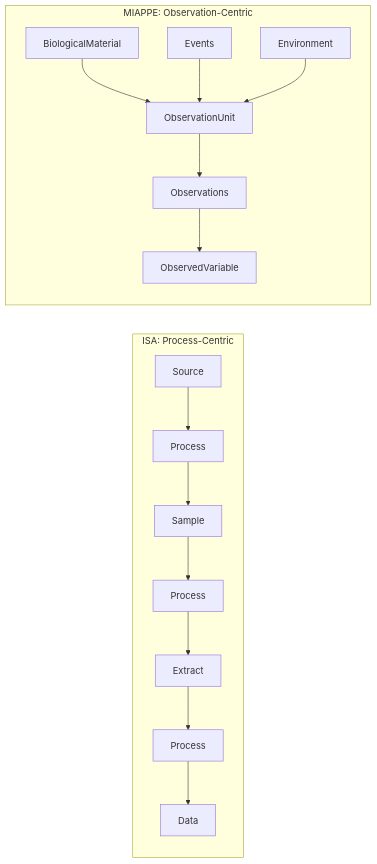
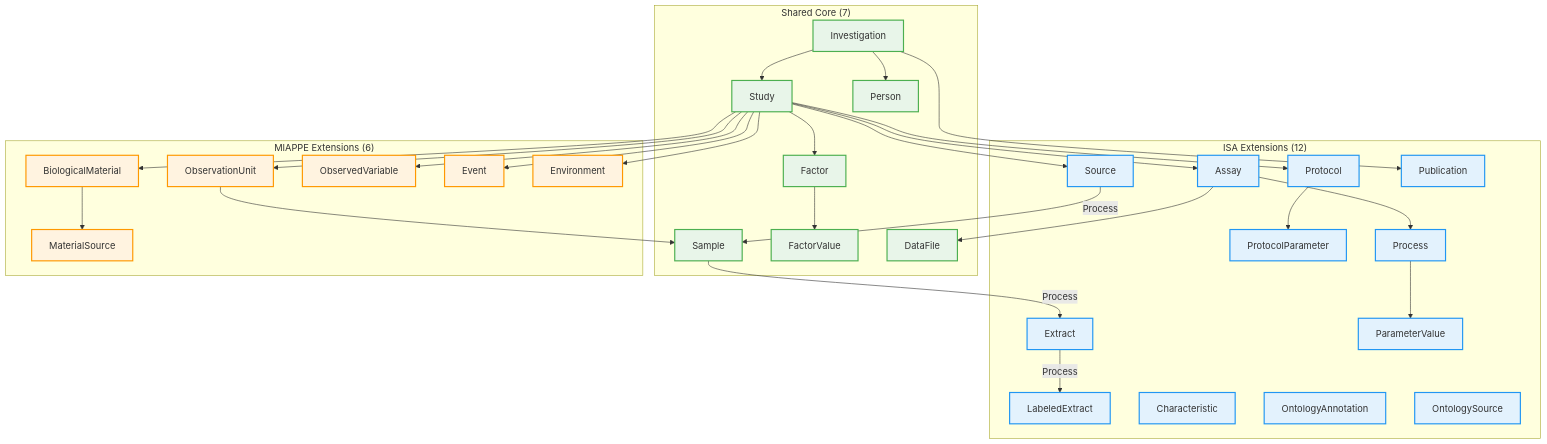
Before and after one commit to sorenwacker/metaseed: the fourth of 6 diagrams in docs/architecture/diagrams.md, drawn with Mermaid. The commit also changed other lines of this file, not shown here.

Commit message:
Add complete diagrams for all profiles (MIAPPE, ISA, Combined v1/v2)

````diff
--- a/docs/architecture/diagrams.md
+++ b/docs/architecture/diagrams.md
@@ -115,16 +182,67 @@
 ```mermaid
-flowchart LR
-    subgraph isa_flow["ISA: Process-Centric"]
-        S1[Source] --> P1[Process] --> S2[Sample]
-        S2 --> P2[Process] --> E1[Extract]
-        E1 --> P3[Process] --> D1[Data]
+flowchart TB
+    subgraph shared["Shared Core (7)"]
+        INV[Investigation]
+        STU[Study]
+        PER[Person]
+        SAM[Sample]
+        FAC[Factor]
+        FV[FactorValue]
+        DF[DataFile]
     end
 
-    subgraph miappe_flow["MIAPPE: Observation-Centric"]
-        BM1[BiologicalMaterial] --> OU1[ObservationUnit]
-        OU1 --> OBS[Observations]
-        OBS --> VAR[ObservedVariable]
-        EVT1[Events] --> OU1
-        ENV1[Environment] --> OU1
+    subgraph isa["ISA Extensions (12)"]
+        ASS[Assay]
+        PROT[Protocol]
+        PP[ProtocolParameter]
+        SRC[Source]
+        EXT[Extract]
+        LEXT[LabeledExtract]
+        PROC[Process]
+        PV[ParameterValue]
+        CHAR[Characteristic]
+        PUB[Publication]
+        OA[OntologyAnnotation]
+        OS[OntologySource]
     end
+
+    subgraph miappe["MIAPPE Extensions (6)"]
+        BM[BiologicalMaterial]
+        OU[ObservationUnit]
+        OV[ObservedVariable]
+        EVT[Event]
+        ENV[Environment]
+        MS[MaterialSource]
+    end
+
+    INV --> STU
+    INV --> PER
+    INV --> PUB
+    STU --> ASS
+    STU --> PROT
+    STU --> SRC
+    STU --> FAC
+    STU --> BM
+    STU --> OU
+    STU --> OV
+    STU --> EVT
+    STU --> ENV
+    PROT --> PP
+    SRC -->|Process| SAM
+    SAM -->|Process| EXT
+    EXT -->|Process| LEXT
+    ASS --> PROC
+    ASS --> DF
+    PROC --> PV
+    FAC --> FV
+    OU --> SAM
+    BM --> MS
+
+    classDef shared fill:#e8f5e9,stroke:#4caf50,stroke-width:2px
+    classDef isa fill:#e3f2fd,stroke:#2196f3,stroke-width:2px
+    classDef miappe fill:#fff3e0,stroke:#ff9800,stroke-width:2px
+
+    class INV,STU,PER,SAM,FAC,FV,DF shared
+    class ASS,PROT,PP,SRC,EXT,LEXT,PROC,PV,CHAR,PUB,OA,OS isa
+    class BM,OU,OV,EVT,ENV,MS miappe
 ```
````
